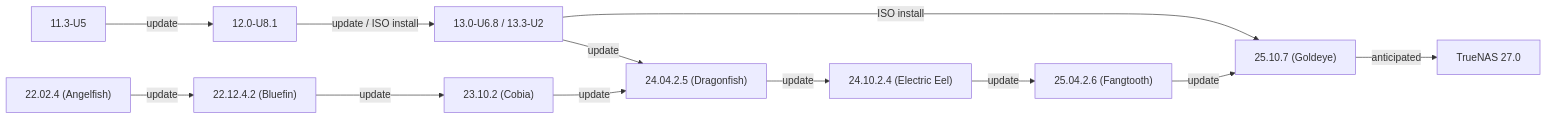
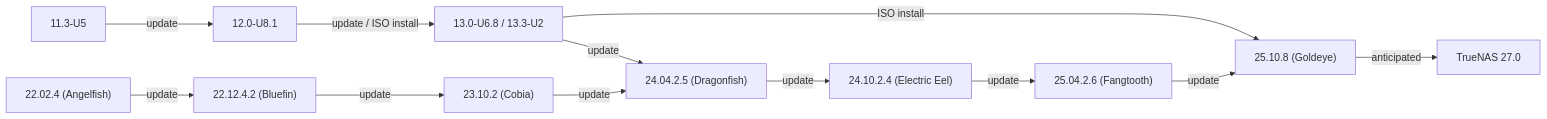
Before and after one commit to truenas/documentation: the first of 2 diagrams in static/includes/SCALEUpgradePaths.md, drawn with Mermaid. The commit also changed other lines of this file and 2 other files, not shown here.

Commit message:
DOCS-2780 / 28 / Docs 2780 25 10 8 follow up (#4892)
* Update scale-releases.yaml

* Update truenas-downloads.yaml

* Update SCALEUpgradePaths.md

* DOCS-2780 Set the 25.10.8 release date

```diff
--- a/static/includes/SCALEUpgradePaths.md
+++ b/static/includes/SCALEUpgradePaths.md
@@ -21,15 +21,15 @@
             {{< mermaid class="mermaid_sizing" >}}
             flowchart LR
               A["11.3-U5"] -->|update| B["12.0-U8.1"]
               B -->|"update / ISO install"| C["13.0-U6.8 / 13.3-U2"]
               C -->|update| G
               C -->|ISO install| J
               D["22.02.4 (Angelfish)"] -->|update| E
               E["22.12.4.2 (Bluefin)"] -->|update| F
               F["23.10.2 (Cobia)"] -->|update| G
               G["24.04.2.5 (Dragonfish)"] -->|update| H
               H["24.10.2.4 (Electric Eel)"] -->|update| I
               I["25.04.2.6 (Fangtooth)"] -->|update| J
-              J["25.10.7 (Goldeye)"] -->|"anticipated"| K
+              J["25.10.8 (Goldeye)"] -->|"anticipated"| K
               K["TrueNAS 27.0"]
             {{< /mermaid >}}
```
